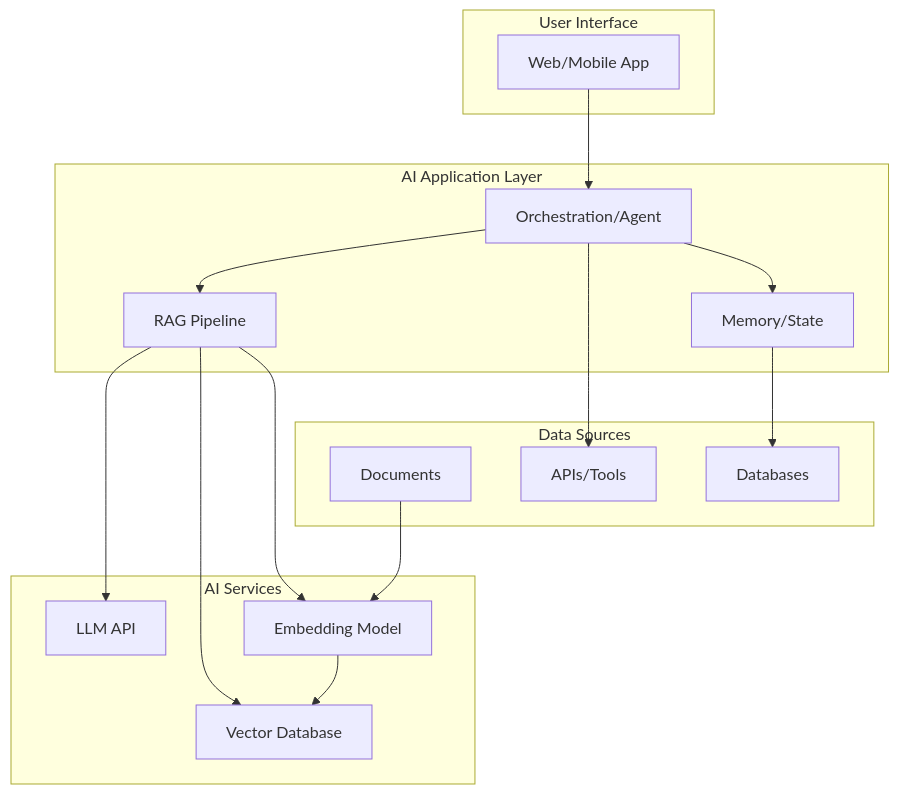
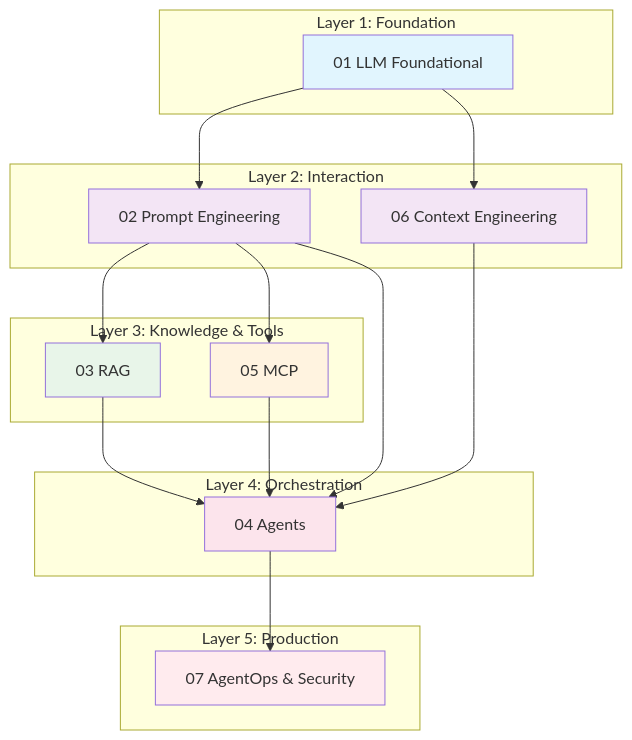
The diagram in docs/docs/ai/index.md (YiWang24/portfolio), drawn with Mermaid before and after one commit. The commit also changed other lines of this file and 64 other files, not shown here.

````diff
--- a/docs/docs/ai/index.md
+++ b/docs/docs/ai/index.md
@@ -60,35 +27,42 @@
 ```mermaid
 flowchart TB
-    subgraph "User Interface"
-        A[Web/Mobile App]
+    subgraph "Layer 1: Foundation"
+        A[01 LLM Foundational]
     end
-    
-    subgraph "AI Application Layer"
-        B[Orchestration/Agent]
-        C[RAG Pipeline]
-        D[Memory/State]
+
+    subgraph "Layer 2: Interaction"
+        B[02 Prompt Engineering]
+        C[06 Context Engineering]
     end
-    
-    subgraph "AI Services"
-        E[LLM API]
-        F[Embedding Model]
-        G[Vector Database]
+
+    subgraph "Layer 3: Knowledge & Tools"
+        D[03 RAG]
+        E[05 MCP]
     end
-    
-    subgraph "Data Sources"
-        H[Documents]
-        I[APIs/Tools]
-        J[Databases]
+
+    subgraph "Layer 4: Orchestration"
+        F[04 Agents]
     end
-    
+
+    subgraph "Layer 5: Production"
+        G[07 AgentOps & Security]
+    end
+
     A --> B
-    B --> C
+    A --> C
     B --> D
-    C --> E
+    B --> E
+    B --> F
     C --> F
-    C --> G
-    B --> I
-    H --> F
+    D --> F
+    E --> F
     F --> G
-    D --> J
+
+    style A fill:#e1f5fe
+    style B fill:#f3e5f5
+    style C fill:#f3e5f5
+    style D fill:#e8f5e9
+    style E fill:#fff3e0
+    style F fill:#fce4ec
+    style G fill:#ffebee
 ```
````
